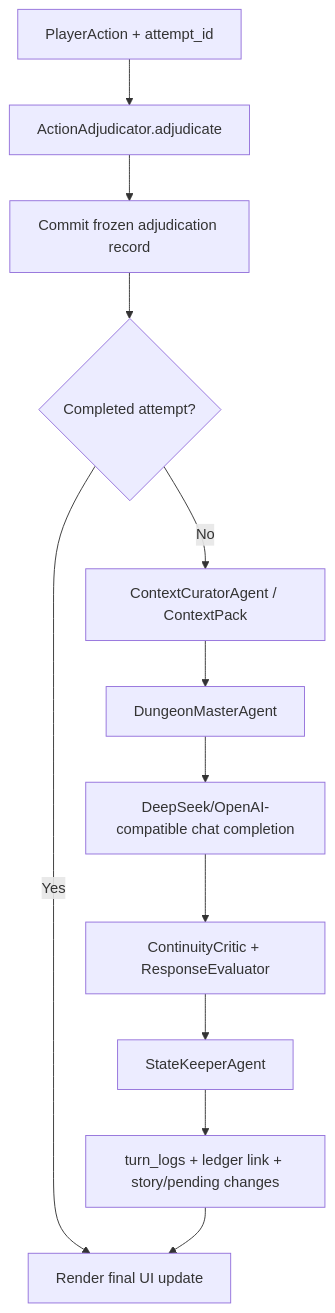
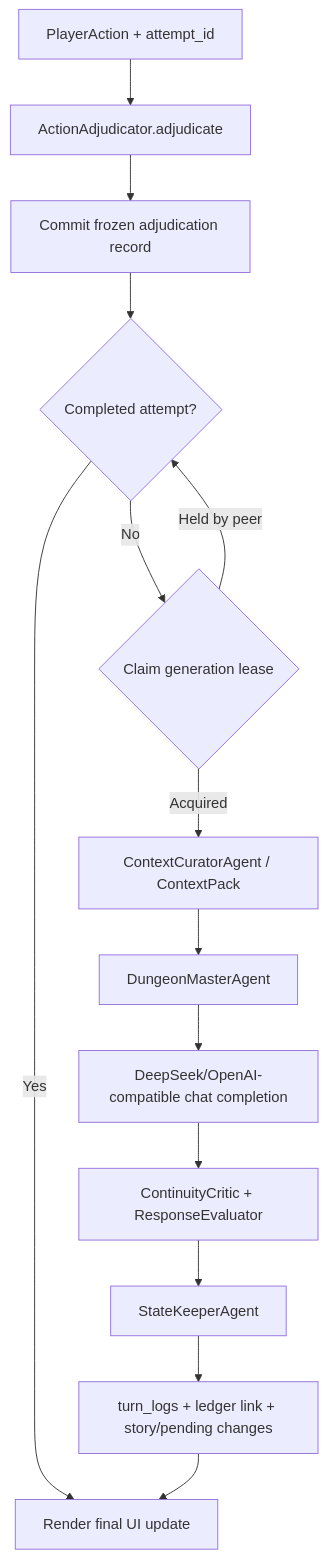
Before and after one commit to taogezhizun/one_person_dnd: the diagram in docs/ARCHITECTURE.md, drawn with Mermaid. The commit also changed other lines of this file and 35 other files, not shown here.

````diff
--- a/docs/ARCHITECTURE.md
+++ b/docs/ARCHITECTURE.md
@@ -133,14 +134,16 @@
 ```mermaid
 flowchart TD
   A["PlayerAction + attempt_id"] --> B["ActionAdjudicator.adjudicate"]
   B --> C["Commit frozen adjudication record"]
   C --> D{"Completed attempt?"}
   D -->|Yes| K["Replay stored turn"]
-  D -->|No| E["ContextCuratorAgent / ContextPack"]
+  D -->|No| L{"Claim generation lease"}
+  L -->|Held by peer| D
+  L -->|Acquired| E["ContextCuratorAgent / ContextPack"]
   E --> F["DungeonMasterAgent"]
   F --> G["DeepSeek/OpenAI-compatible chat completion"]
   G --> H["ContinuityCritic + ResponseEvaluator"]
   H --> I["StateKeeperAgent"]
   I --> J["turn_logs + ledger link + story/pending changes"]
   J --> K["Render final UI update"]
 ```
````
